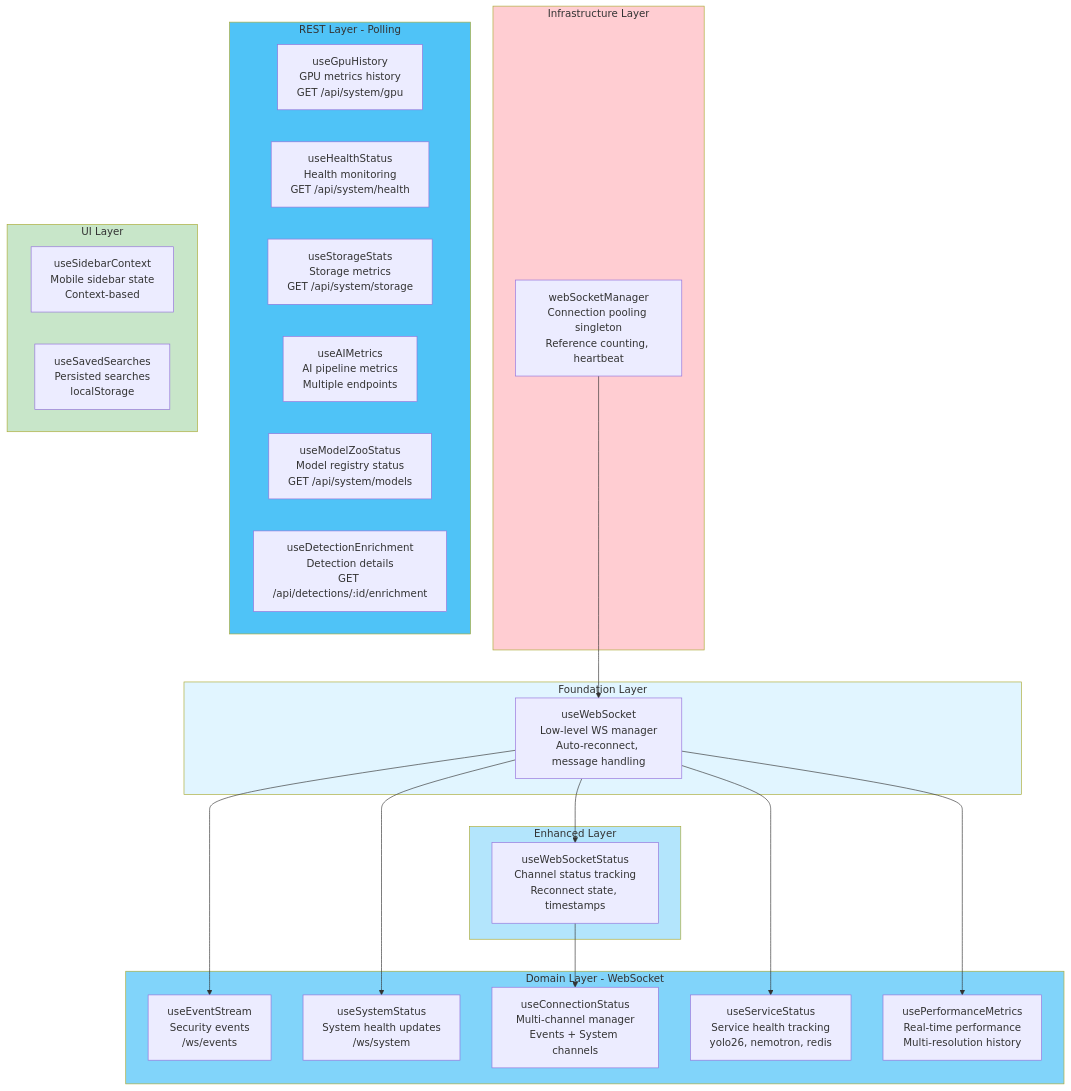
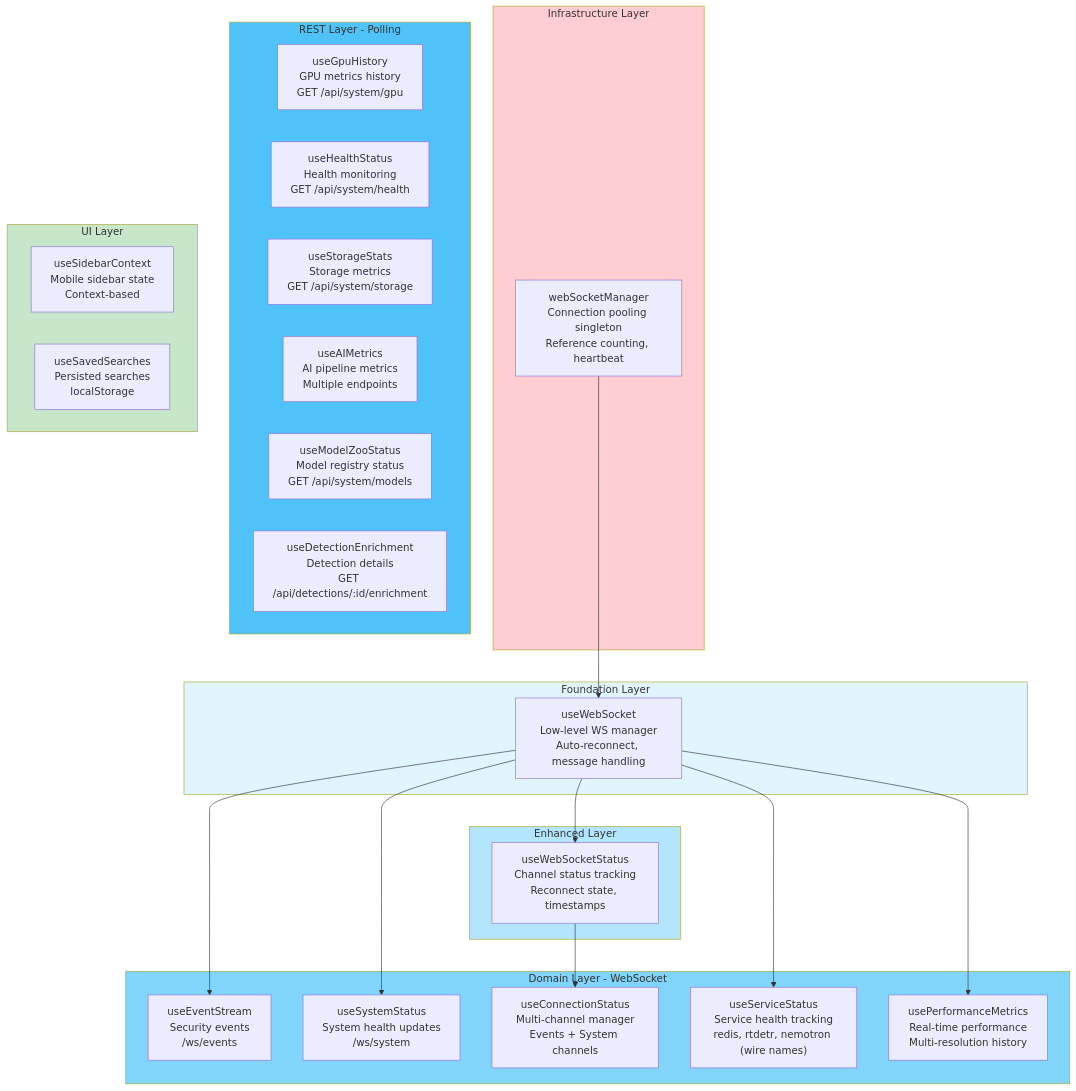
The first of 2 diagrams in docs/architecture/frontend-hooks.md (mikesvoboda/nemotron-v3-home-security-intelligence), drawn with Mermaid before and after one commit. The commit also changed other lines of this file and 231 other files, not shown here.

````diff
--- a/docs/architecture/frontend-hooks.md
+++ b/docs/architecture/frontend-hooks.md
@@ -46,51 +46,51 @@
 ```mermaid
 flowchart TB
     subgraph Infrastructure["Infrastructure Layer"]
         webSocketManager["webSocketManager<br/>Connection pooling singleton<br/>Reference counting, heartbeat"]
     end
 
     subgraph Foundation["Foundation Layer"]
         useWebSocket["useWebSocket<br/>Low-level WS manager<br/>Auto-reconnect, message handling"]
     end
 
     subgraph Enhanced["Enhanced Layer"]
         useWebSocketStatus["useWebSocketStatus<br/>Channel status tracking<br/>Reconnect state, timestamps"]
     end
 
     subgraph Domain["Domain Layer - WebSocket"]
         useEventStream["useEventStream<br/>Security events<br/>/ws/events"]
         useSystemStatus["useSystemStatus<br/>System health updates<br/>/ws/system"]
         useConnectionStatus["useConnectionStatus<br/>Multi-channel manager<br/>Events + System channels"]
-        useServiceStatus["useServiceStatus<br/>Service health tracking<br/>yolo26, nemotron, redis"]
+        useServiceStatus["useServiceStatus<br/>Service health tracking<br/>redis, rtdetr, nemotron (wire names)"]
         usePerformanceMetrics["usePerformanceMetrics<br/>Real-time performance<br/>Multi-resolution history"]
     end
 
     subgraph REST["REST Layer - Polling"]
         useGpuHistory["useGpuHistory<br/>GPU metrics history<br/>GET /api/system/gpu"]
         useHealthStatus["useHealthStatus<br/>Health monitoring<br/>GET /api/system/health"]
         useStorageStats["useStorageStats<br/>Storage metrics<br/>GET /api/system/storage"]
         useAIMetrics["useAIMetrics<br/>AI pipeline metrics<br/>Multiple endpoints"]
         useModelZooStatus["useModelZooStatus<br/>Model registry status<br/>GET /api/system/models"]
         useDetectionEnrichment["useDetectionEnrichment<br/>Detection details<br/>GET /api/detections/:id/enrichment"]
     end
 
     subgraph UI["UI Layer"]
         useSidebarContext["useSidebarContext<br/>Mobile sidebar state<br/>Context-based"]
         useSavedSearches["useSavedSearches<br/>Persisted searches<br/>localStorage"]
     end
 
     webSocketManager --> useWebSocket
     useWebSocket --> useWebSocketStatus
     useWebSocketStatus --> useConnectionStatus
     useWebSocket --> useEventStream
     useWebSocket --> useSystemStatus
     useWebSocket --> useServiceStatus
     useWebSocket --> usePerformanceMetrics
 
     style Infrastructure fill:#ffcdd2
     style Foundation fill:#e1f5ff
     style Enhanced fill:#b3e5fc
     style Domain fill:#81d4fa
     style REST fill:#4fc3f7
     style UI fill:#c8e6c9
 ```
````
